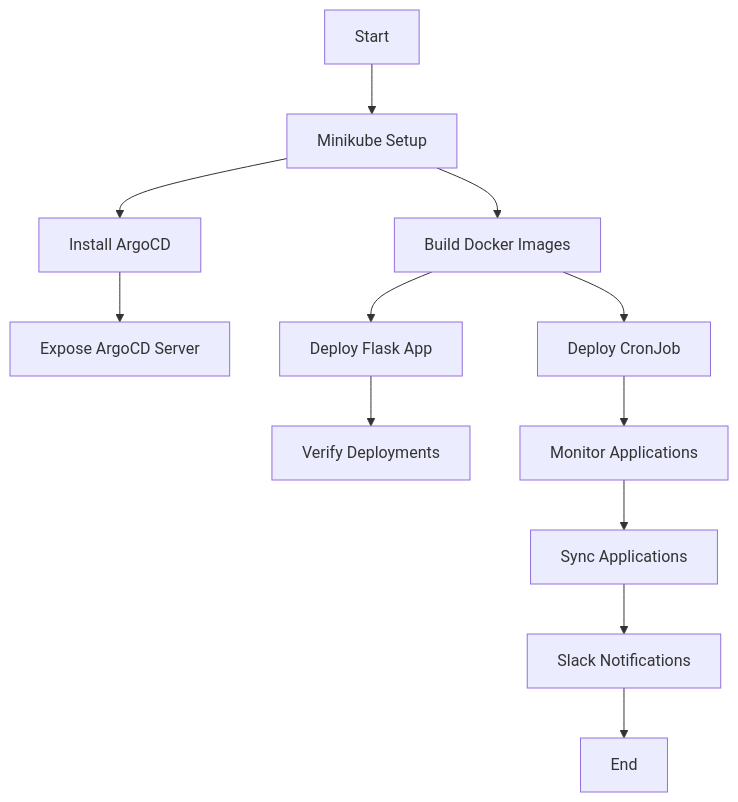
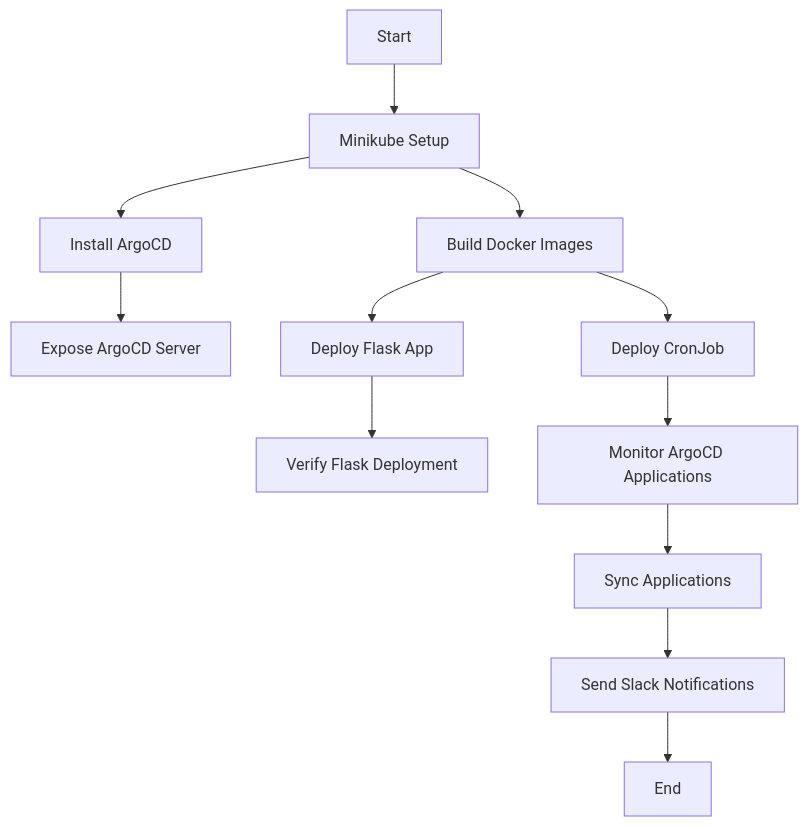
One commit to JaimeHenaoChallange/opcion5-cronjob-python changed the diagram in README.md. Above: the diagram before and after it, drawn with Mermaid. The commit also changed other lines of this file, not shown here.

````diff
--- a/README.md
+++ b/README.md
@@ -186,14 +258,14 @@
 ```mermaid
 flowchart TD
     A[Start] --> B[Minikube Setup]
     B --> C[Install ArgoCD]
     C --> D[Expose ArgoCD Server]
     B --> E[Build Docker Images]
     E --> F[Deploy Flask App]
     E --> G[Deploy CronJob]
-    F --> H[Verify Deployments]
-    G --> I[Monitor Applications]
+    F --> H[Verify Flask Deployment]
+    G --> I[Monitor ArgoCD Applications]
     I --> J[Sync Applications]
-    J --> K[Slack Notifications]
+    J --> K[Send Slack Notifications]
     K --> L[End]
 ```
````
